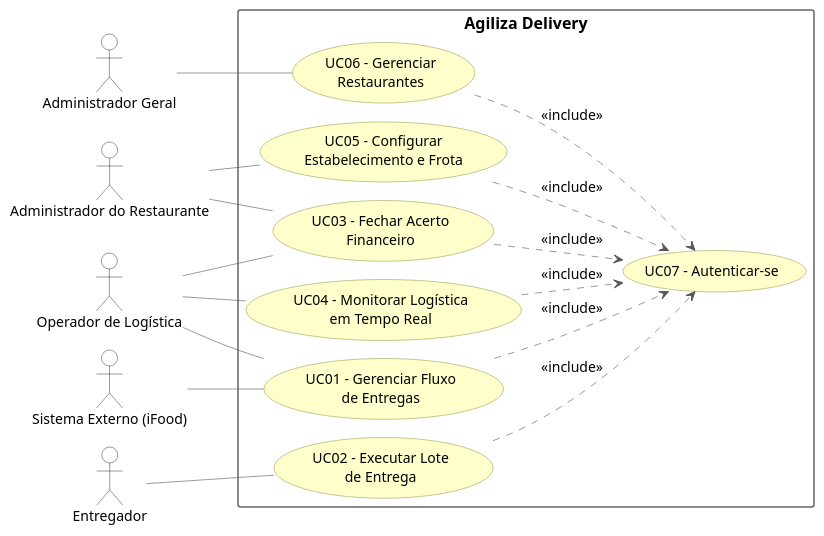
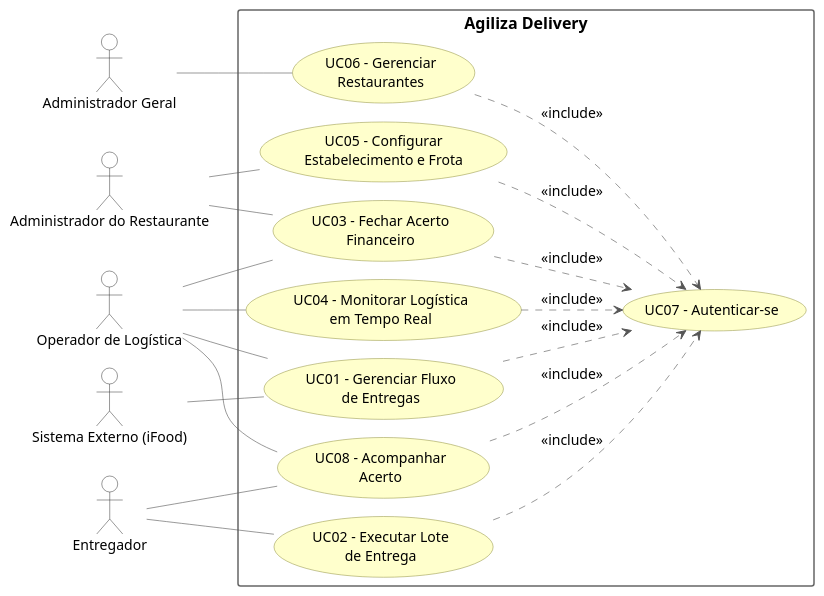
Before and after one commit to duduSC/AgilizAI_requisitos: the diagram in docs/img/uc-casos-de-uso.puml, drawn with PlantUML. The commit also changed 4 other files, not shown here.

First line of the commit message:
docs: valor fora de area e UC08 - Acompanhar Acerto

```diff
--- a/docs/img/uc-casos-de-uso.puml
+++ b/docs/img/uc-casos-de-uso.puml
@@ -1,60 +1,64 @@
 @startuml uc-casos-de-uso
 !pragma layout smetana
 left to right direction
 
 skinparam defaultFontName Arial
 skinparam defaultFontSize 14
 skinparam backgroundColor white
 skinparam shadowing false
 skinparam ArrowColor #555555
 skinparam ArrowThickness 0.6
 
 skinparam actor {
   BorderColor #333333
   BackgroundColor white
   FontSize 14
 }
 skinparam usecase {
   BackgroundColor #FFFFCC
   BorderColor #8C8C3A
   FontSize 14
 }
 skinparam rectangle {
   BorderColor #666666
   BorderThickness 1.5
   FontStyle bold
   FontSize 16
 }
 
 actor "Administrador Geral" as AG
 actor "Administrador do Restaurante" as AR
 actor "Operador de Logística" as OP
 actor "Sistema Externo (iFood)" as EXT
 actor "Entregador" as ENT
 
 rectangle "Agiliza Delivery" {
   usecase "UC06 - Gerenciar\nRestaurantes" as UC06
   usecase "UC05 - Configurar\nEstabelecimento e Frota" as UC05
   usecase "UC03 - Fechar Acerto\nFinanceiro" as UC03
   usecase "UC04 - Monitorar Logística\nem Tempo Real" as UC04
   usecase "UC01 - Gerenciar Fluxo\nde Entregas" as UC01
   usecase "UC02 - Executar Lote\nde Entrega" as UC02
+  usecase "UC08 - Acompanhar\nAcerto" as UC08
   usecase "UC07 - Autenticar-se" as UC07
 }
 
 AG -- UC06
 AR -- UC05
 AR -- UC03
 OP -- UC03
 OP -- UC04
 OP -- UC01
 EXT -- UC01
 ENT -- UC02
+ENT -- UC08
+OP -- UC08
 
 UC06 ..> UC07 : <<include>>
 UC05 ..> UC07 : <<include>>
 UC03 ..> UC07 : <<include>>
 UC04 ..> UC07 : <<include>>
 UC01 ..> UC07 : <<include>>
 UC02 ..> UC07 : <<include>>
+UC08 ..> UC07 : <<include>>
 @enduml
```
